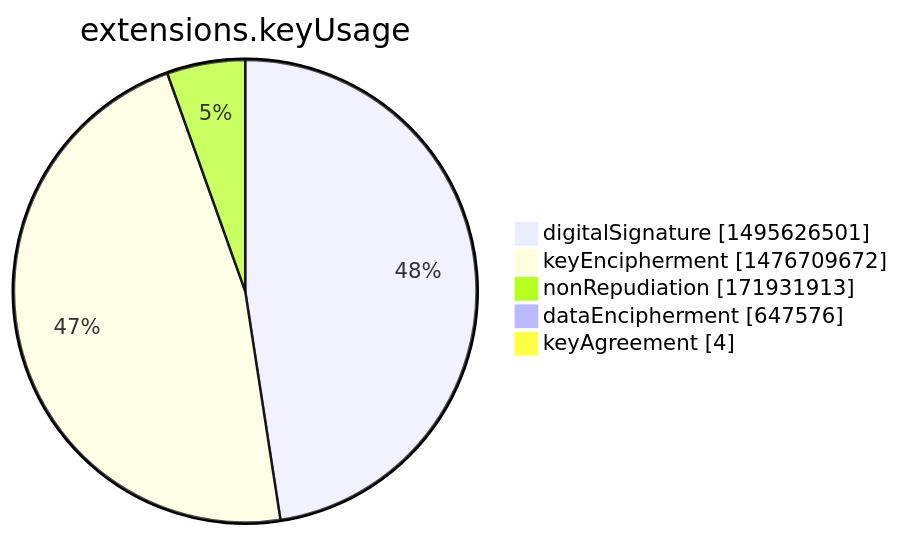
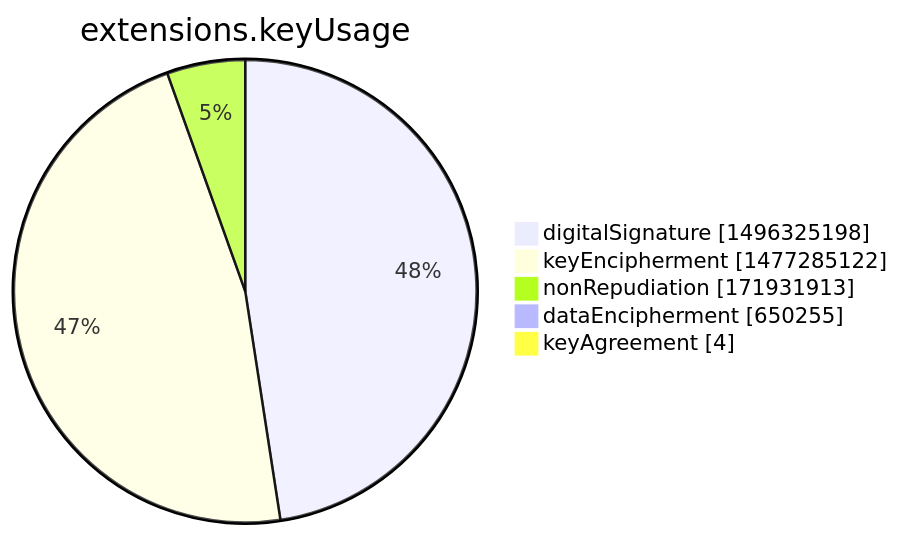
Before and after one commit to christiankrug/ctmonitor_visualization: the seventh of 15 diagrams in argon2022/README.md, drawn with Mermaid. The commit also changed other lines of this file, not shown here.

````diff
--- a/argon2022/README.md
+++ b/argon2022/README.md
@@ -2751,9 +2751,9 @@
 ```mermaid
 pie showData
 title extensions.keyUsage
-"digitalSignature" :1495626501
-"keyEncipherment" :1476709672
+"digitalSignature" :1496325198
+"keyEncipherment" :1477285122
 "nonRepudiation" :171931913
-"dataEncipherment" :647576
+"dataEncipherment" :650255
 "keyAgreement" :4
 ```
````
